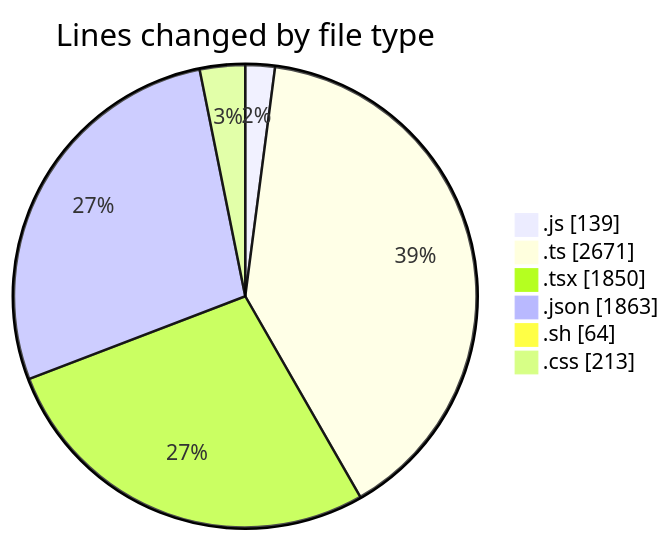
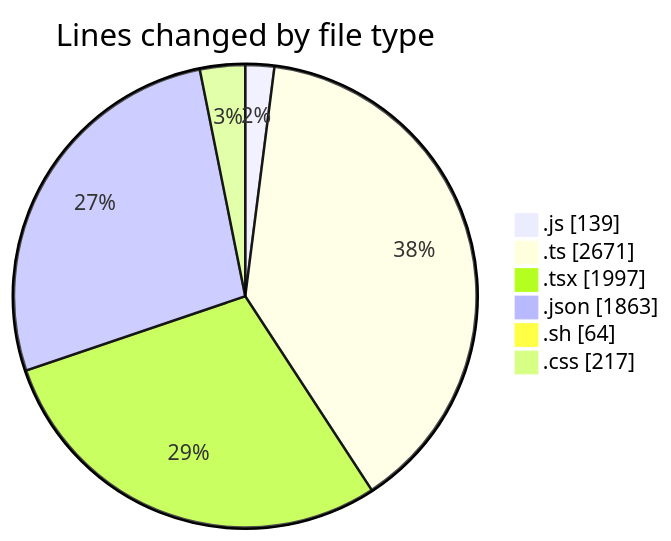
The first of 2 diagrams in 2025-07-14/ribbon/README.md (EIIisD/code-tracking), drawn with Mermaid before and after one commit. The commit also changed other lines of this file and 1 other file, not shown here.

````diff
--- a/2025-07-14/ribbon/README.md
+++ b/2025-07-14/ribbon/README.md
@@ -51,10 +52,10 @@
 ```mermaid
 pie showData
 title Lines changed by file type
 ".js" : 139
 ".ts" : 2671
-".tsx" : 1850
+".tsx" : 1997
 ".json" : 1863
 ".sh" : 64
-".css" : 213
+".css" : 217
 ```
````
